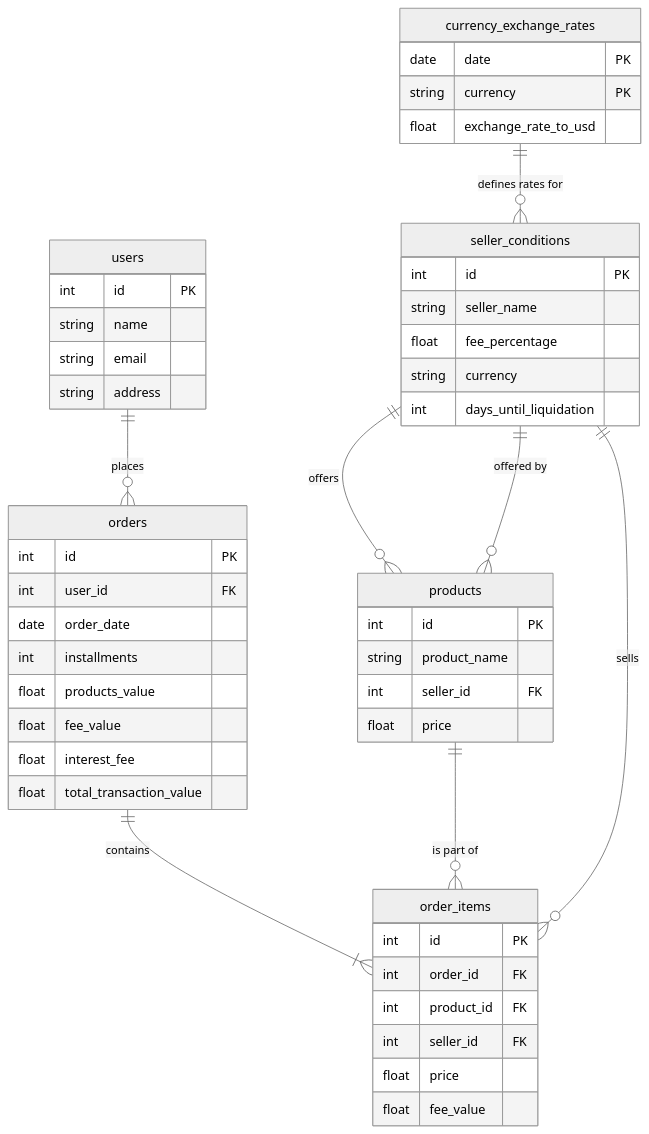
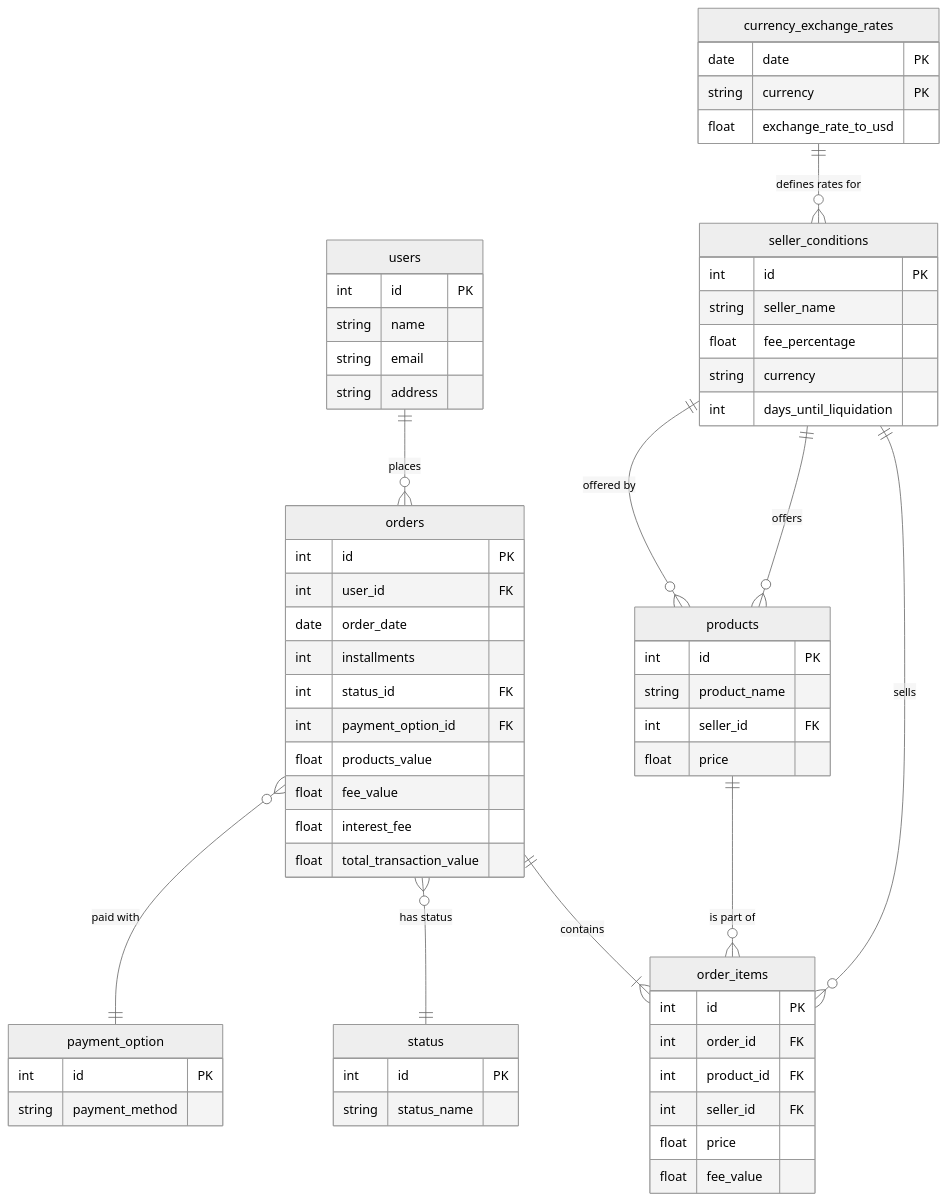
One commit to Daniel-Wata/dbt_sales_proj changed the first of 2 diagrams in README.md. Above: the diagram before and after it, drawn with Mermaid (neutral theme). The commit also changed other lines of this file and 3 other files, not shown here.

Commit message:
changed schema and added status and payment_option

````diff
--- a/README.md
+++ b/README.md
@@ -53,53 +53,65 @@
 ```mermaid
 erDiagram
     users {
         int id PK
         string name
         string email
         string address
     }
     seller_conditions {
         int id PK
         string seller_name
         float fee_percentage
         string currency
         int days_until_liquidation
     }
     products {
         int id PK
         string product_name
         int seller_id FK
         float price
     }
     orders {
         int id PK
         int user_id FK
         date order_date
         int installments
+        int status_id FK
+        int payment_option_id FK
         float products_value
         float fee_value
         float interest_fee
         float total_transaction_value
     }
     order_items {
         int id PK
         int order_id FK
         int product_id FK
         int seller_id FK
         float price
         float fee_value
     }
     currency_exchange_rates {
         date date PK
         string currency PK
         float exchange_rate_to_usd
     }
+    status {
+        int id PK
+        string status_name
+    }
+    payment_option {
+        int id PK
+        string payment_method
+    }
 
     users ||--o{ orders : places
     orders ||--|{ order_items : contains
     products ||--o{ order_items : "is part of"
     products }o--|| seller_conditions : "offered by"
     seller_conditions ||--o{ order_items : "sells"
     seller_conditions ||--o{ products : "offers"
     currency_exchange_rates ||--o{ seller_conditions : "defines rates for"
+    orders }o--|| status : "has status"
+    orders }o--|| payment_option : "paid with"
 ```
````
